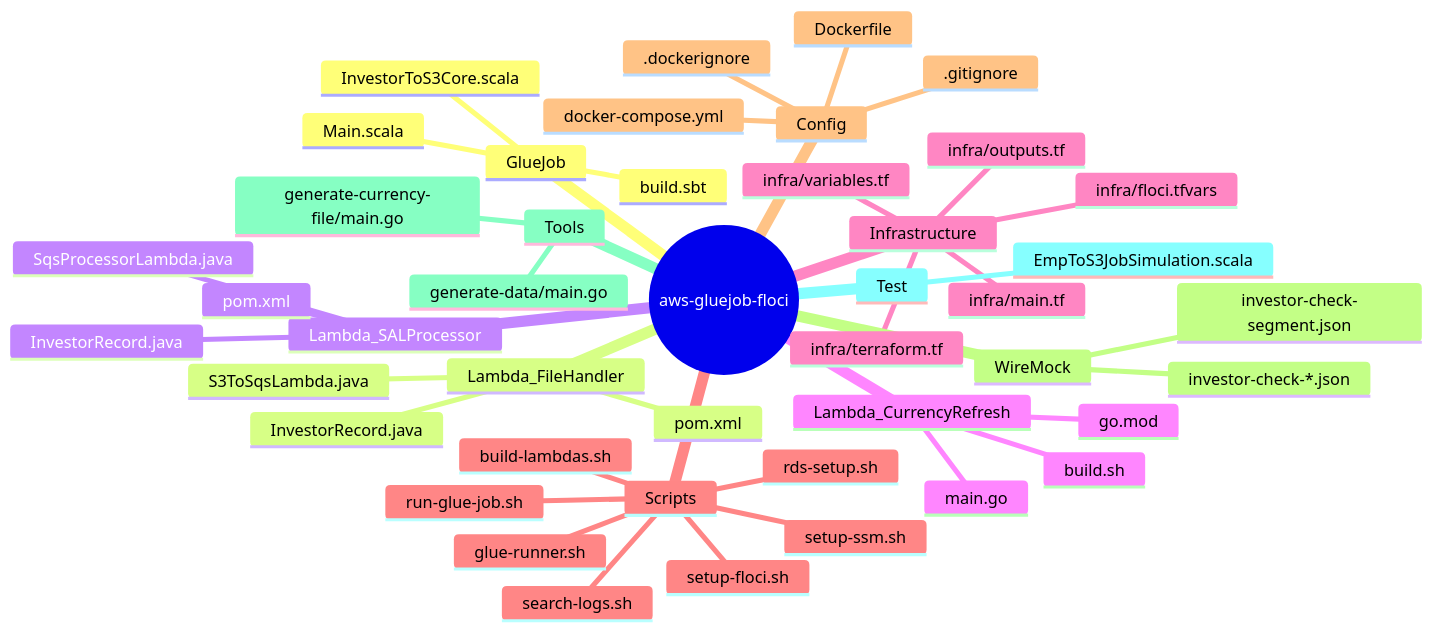
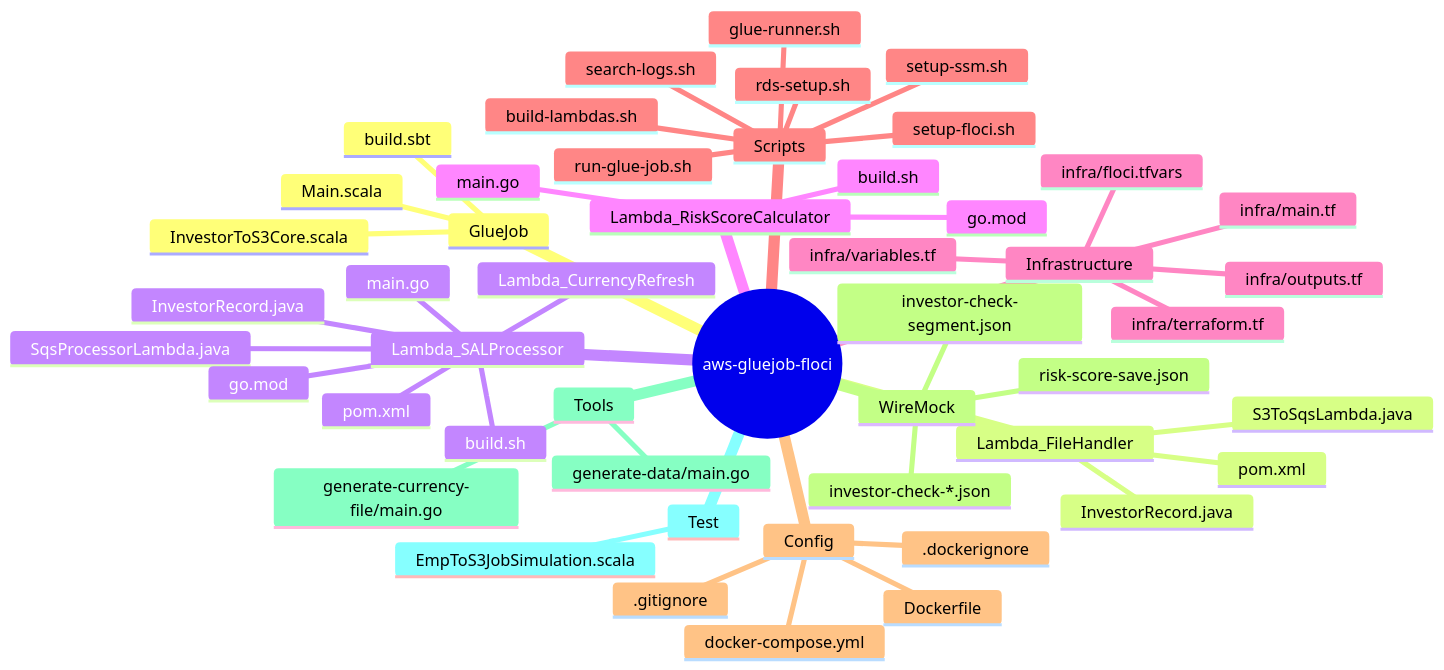
The third of 4 diagrams in ARCHITECTURE.md (sriharisa-j71/aws-floci-sample-project), drawn with Mermaid before and after one commit. The commit also changed other lines of this file and 7 other files, not shown here.

First line of the commit message:
docs: architecture docs, TESTING.md, and per-Lambda reference docs

````diff
--- a/ARCHITECTURE.md
+++ b/ARCHITECTURE.md
@@ -104,47 +100,52 @@
 ```mermaid
 mindmap
   root((aws-gluejob-floci))
     GlueJob
       Main.scala
       InvestorToS3Core.scala
       build.sbt
     Lambda_FileHandler
       S3ToSqsLambda.java
       InvestorRecord.java
       pom.xml
     Lambda_SALProcessor
       SqsProcessorLambda.java
       InvestorRecord.java
       pom.xml
-    Lambda_CurrencyRefresh
+      Lambda_CurrencyRefresh
+      main.go
+      go.mod
+      build.sh
+    Lambda_RiskScoreCalculator
       main.go
       go.mod
       build.sh
     Infrastructure
       infra/main.tf
       infra/variables.tf
       infra/outputs.tf
       infra/terraform.tf
       infra/floci.tfvars
     Scripts
       build-lambdas.sh
       glue-runner.sh
       run-glue-job.sh
       setup-floci.sh
       setup-ssm.sh
       rds-setup.sh
       search-logs.sh
     Config
       docker-compose.yml
       Dockerfile
       .gitignore
       .dockerignore
     WireMock
       investor-check-*.json
       investor-check-segment.json
+      risk-score-save.json
     Tools
       generate-data/main.go
       generate-currency-file/main.go
     Test
       EmpToS3JobSimulation.scala
 ```
````
